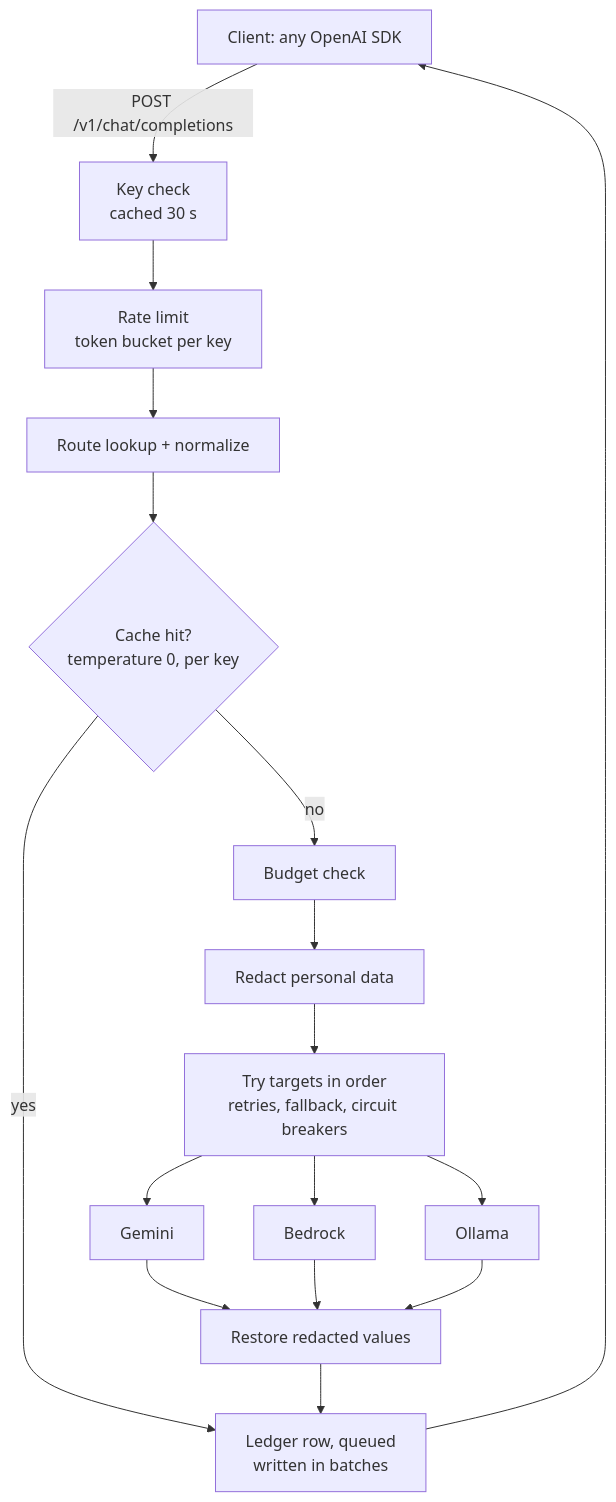
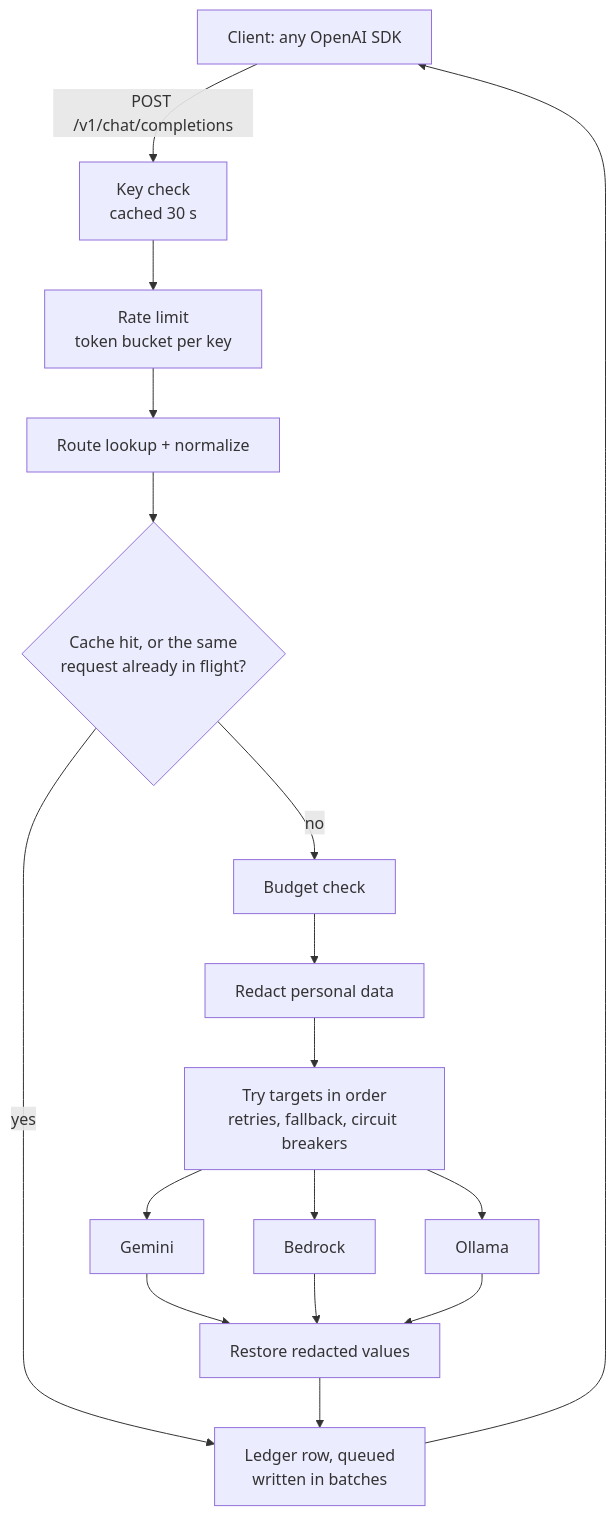
Before and after one commit to charankotra348-glitch/llm-gateway: the diagram in README.md, drawn with Mermaid. The commit also changed other lines of this file and 18 other files, not shown here.

````diff
--- a/README.md
+++ b/README.md
@@ -28,17 +29,17 @@
 ```mermaid
 flowchart TD
     C[Client: any OpenAI SDK] -->|POST /v1/chat/completions| A[Key check<br/>cached 30 s]
     A --> R[Rate limit<br/>token bucket per key]
     R --> N[Route lookup + normalize]
-    N --> K{Cache hit?<br/>temperature 0, per key}
+    N --> K{Cache hit, or the same<br/>request already in flight?}
     K -->|yes| L
     K -->|no| B[Budget check]
     B --> P[Redact personal data]
     P --> F[Try targets in order<br/>retries, fallback, circuit breakers]
     F --> G[Gemini]
     F --> W[Bedrock]
     F --> O[Ollama]
     G & W & O --> U[Restore redacted values]
     U --> L[Ledger row, queued<br/>written in batches]
     L --> C
 ```
````
